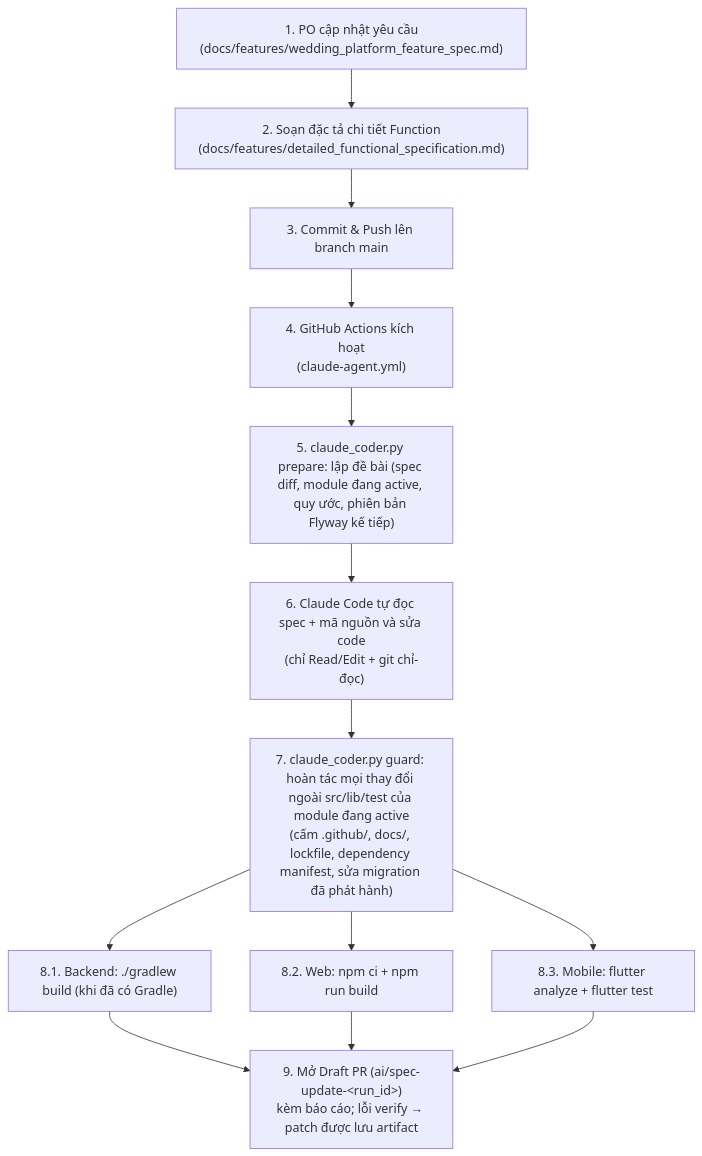
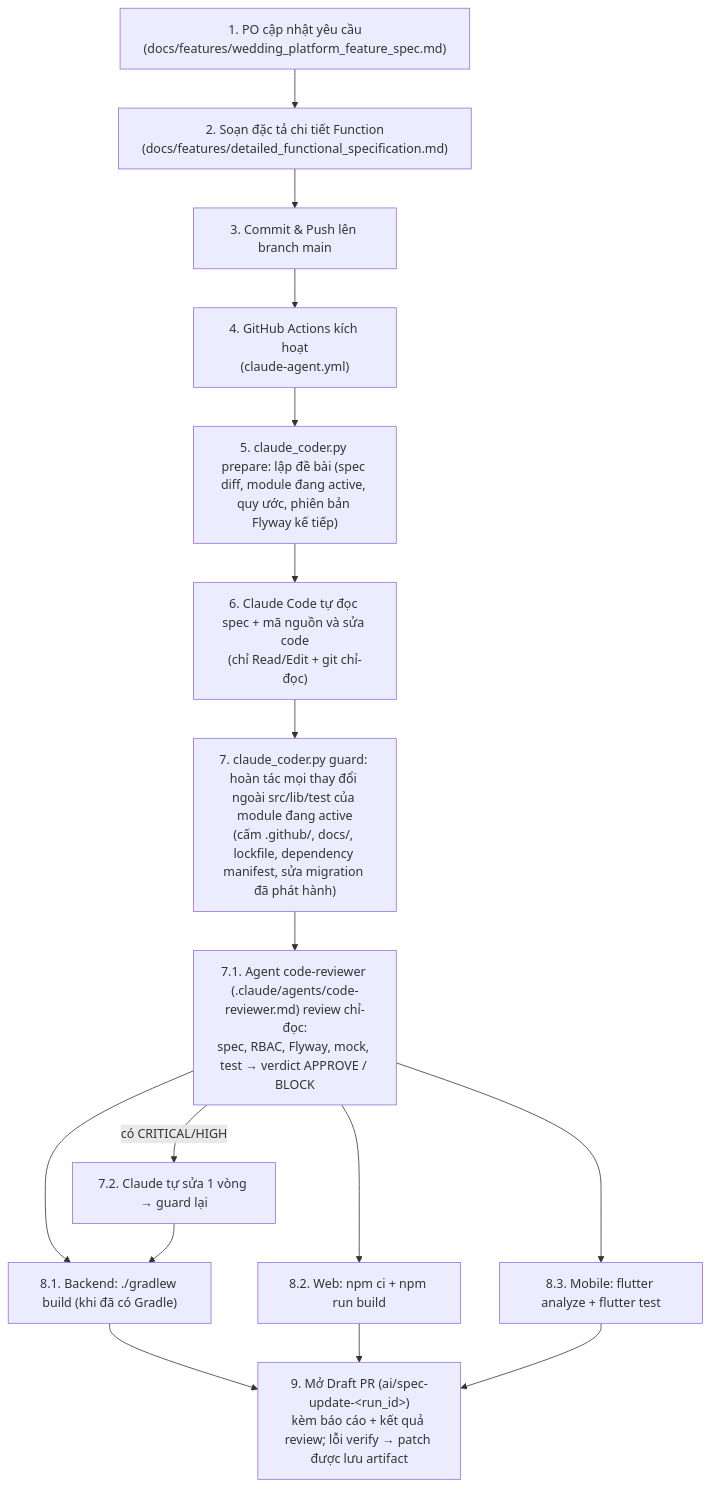
Before and after one commit to WhIm1598/wedding-event: the diagram in README.md, drawn with Mermaid. The commit also changed other lines of this file and 15 other files, not shown here.

````diff
--- a/README.md
+++ b/README.md
@@ -53,13 +53,16 @@
 ```mermaid
 flowchart TD
     PO["1. PO cập nhật yêu cầu<br/>(docs/features/wedding_platform_feature_spec.md)"] --> BA["2. Soạn đặc tả chi tiết Function<br/>(docs/features/detailed_functional_specification.md)"]
     BA --> Push["3. Commit & Push lên branch main"]
     Push --> CI["4. GitHub Actions kích hoạt<br/>(claude-agent.yml)"]
     CI --> PythonScript["5. claude_coder.py prepare: lập đề bài (spec diff, module đang active, quy ước, phiên bản Flyway kế tiếp)"]
     PythonScript --> ClaudeAI["6. Claude Code tự đọc spec + mã nguồn và sửa code<br/>(chỉ Read/Edit + git chỉ-đọc)"]
     ClaudeAI --> Guard["7. claude_coder.py guard: hoàn tác mọi thay đổi ngoài src/lib/test của module đang active<br/>(cấm .github/, docs/, lockfile, dependency manifest, sửa migration đã phát hành)"]
-    Guard --> VerifyJava["8.1. Backend: ./gradlew build (khi đã có Gradle)"]
-    Guard --> VerifyWeb["8.2. Web: npm ci + npm run build"]
-    Guard --> VerifyMobile["8.3. Mobile: flutter analyze + flutter test"]
-    VerifyJava & VerifyWeb & VerifyMobile --> PR["9. Mở Draft PR (ai/spec-update-&lt;run_id&gt;)<br/>kèm báo cáo; lỗi verify → patch được lưu artifact"]
+    Guard --> Review["7.1. Agent code-reviewer (.claude/agents/code-reviewer.md) review chỉ-đọc:<br/>spec, RBAC, Flyway, mock, test → verdict APPROVE / BLOCK"]
+    Review -->|"có CRITICAL/HIGH"| Fix["7.2. Claude tự sửa 1 vòng → guard lại"]
+    Review --> VerifyJava
+    Fix --> VerifyJava["8.1. Backend: ./gradlew build (khi đã có Gradle)"]
+    Review --> VerifyWeb["8.2. Web: npm ci + npm run build"]
+    Review --> VerifyMobile["8.3. Mobile: flutter analyze + flutter test"]
+    VerifyJava & VerifyWeb & VerifyMobile --> PR["9. Mở Draft PR (ai/spec-update-&lt;run_id&gt;)<br/>kèm báo cáo + kết quả review; lỗi verify → patch được lưu artifact"]
 ```
````
